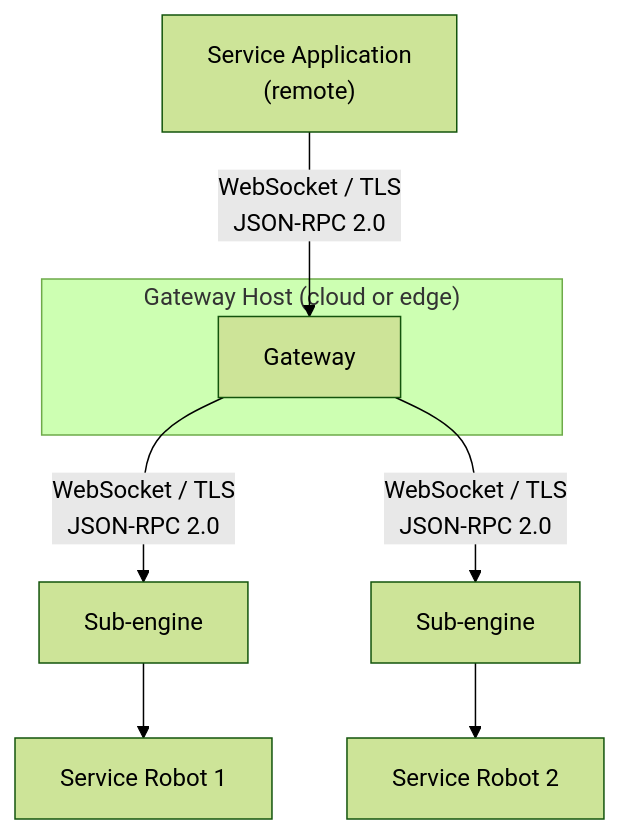
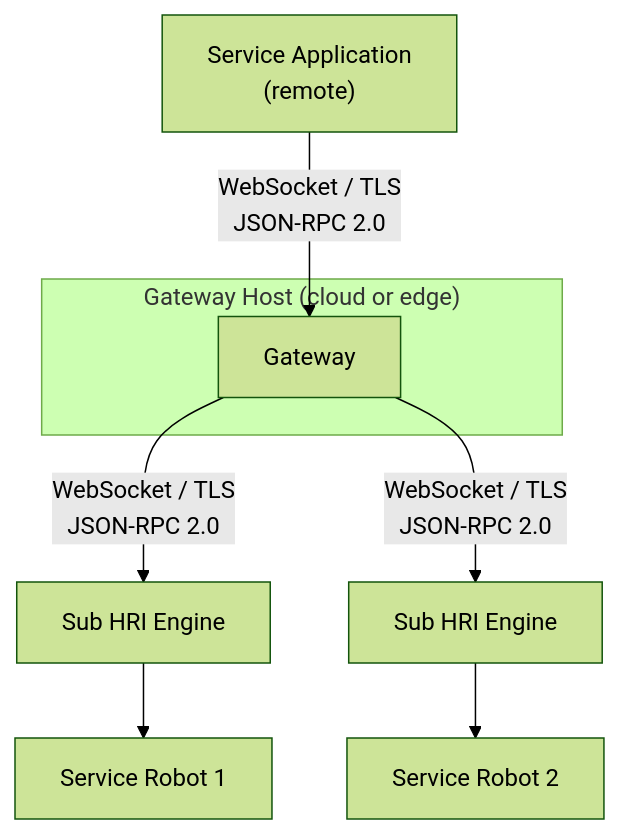
The fourth of 5 diagrams in docs/architecture.md (openrois/openrois), drawn with Mermaid (forest theme) before and after one commit. The commit also changed other lines of this file and 43 other files, not shown here.

````diff
--- a/docs/architecture.md
+++ b/docs/architecture.md
@@ -733,15 +735,15 @@
 ```mermaid
 flowchart TB
     App["Service Application<br/>(remote)"]
     App -->|"WebSocket / TLS<br/>JSON-RPC 2.0"| GW
 
     subgraph Cloud["Gateway Host (cloud or edge)"]
         GW["Gateway"]
     end
 
-    GW -->|"WebSocket / TLS<br/>JSON-RPC 2.0"| SubEngine1["Sub-engine"]
+    GW -->|"WebSocket / TLS<br/>JSON-RPC 2.0"| SubEngine1["Sub HRI Engine"]
     SubEngine1 --> Robot1["Service Robot 1"]
 
-    GW -->|"WebSocket / TLS<br/>JSON-RPC 2.0"| SubEngine2["Sub-engine"]
+    GW -->|"WebSocket / TLS<br/>JSON-RPC 2.0"| SubEngine2["Sub HRI Engine"]
     SubEngine2 --> Robot2["Service Robot 2"]
 ```
````
